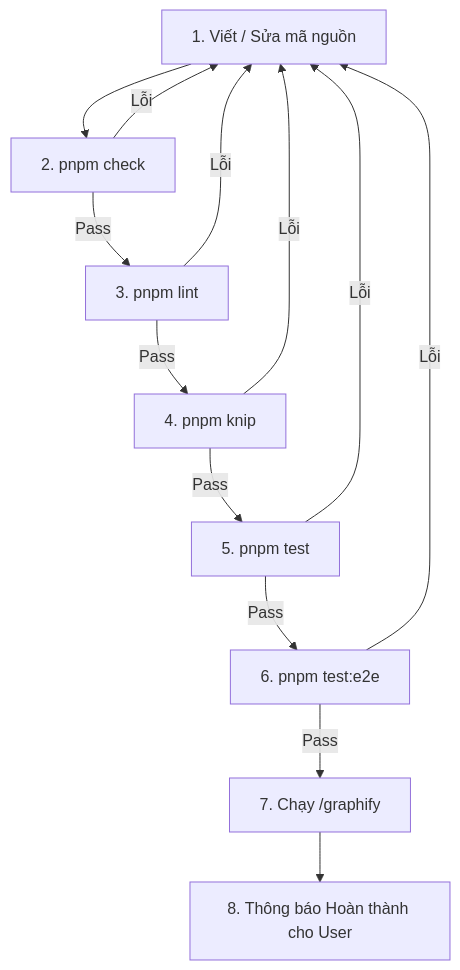
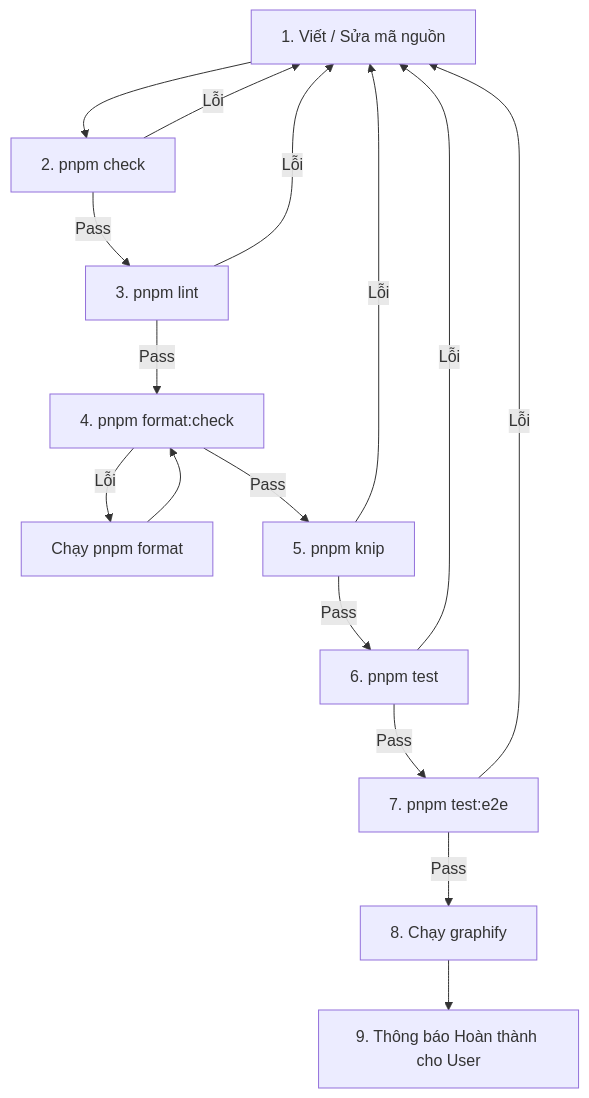
The diagram in DEVELOPMENT_WORKFLOW.md (akhademik/ebook-tools), drawn with Mermaid before and after one commit. The commit also changed other lines of this file and 124 other files, not shown here.

````diff
--- a/DEVELOPMENT_WORKFLOW.md
+++ b/DEVELOPMENT_WORKFLOW.md
@@ -26,15 +26,17 @@
 ```mermaid
 flowchart TD
     A[1. Viết / Sửa mã nguồn] --> B[2. pnpm check]
     B -->|Lỗi| A
     B -->|Pass| C[3. pnpm lint]
     C -->|Lỗi| A
-    C -->|Pass| D[4. pnpm knip]
-    D -->|Lỗi| A
-    D -->|Pass| E[5. pnpm test]
+    C -->|Pass| D[4. pnpm format:check]
+    D -->|Lỗi| E_FMT[Chạy pnpm format] --> D
+    D -->|Pass| E[5. pnpm knip]
     E -->|Lỗi| A
-    E -->|Pass| F[6. pnpm test:e2e]
+    E -->|Pass| F[6. pnpm test]
     F -->|Lỗi| A
-    F -->|Pass| G[7. Chạy /graphify]
-    G --> H[8. Thông báo Hoàn thành cho User]
+    F -->|Pass| G[7. pnpm test:e2e]
+    G -->|Lỗi| A
+    G -->|Pass| H[8. Chạy graphify]
+    H --> I[9. Thông báo Hoàn thành cho User]
 ```
````
